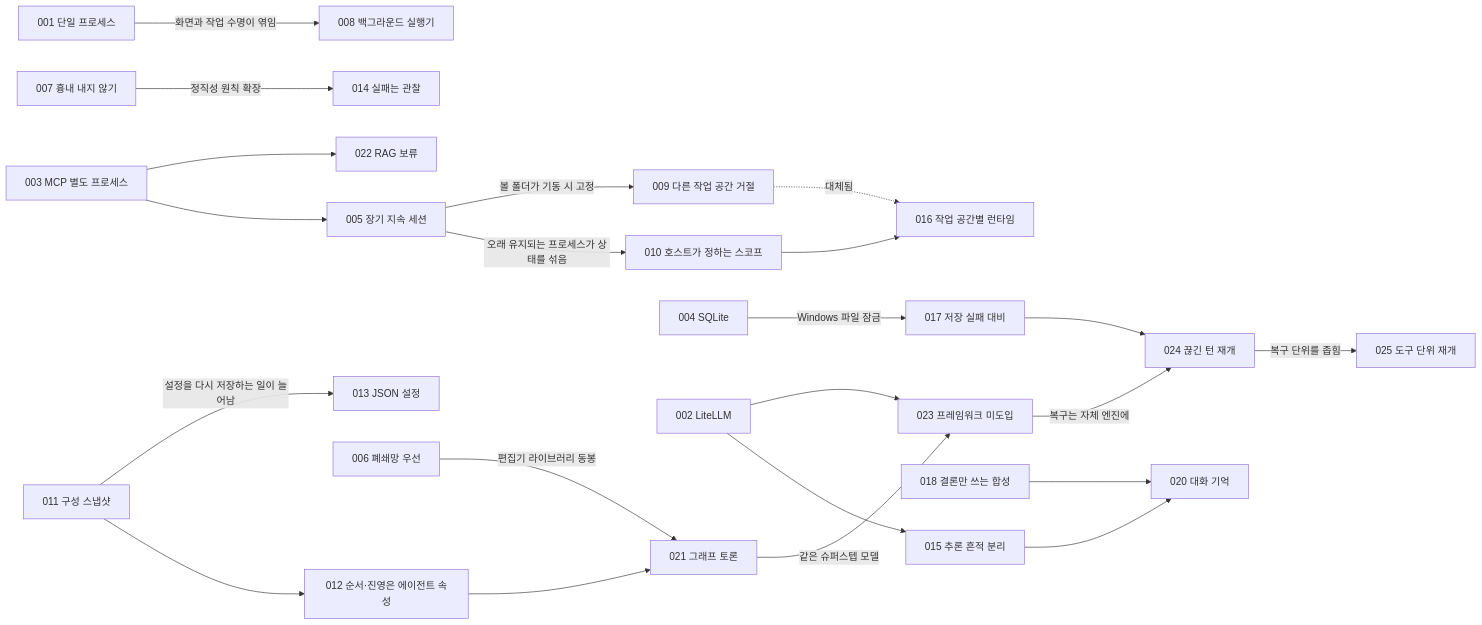
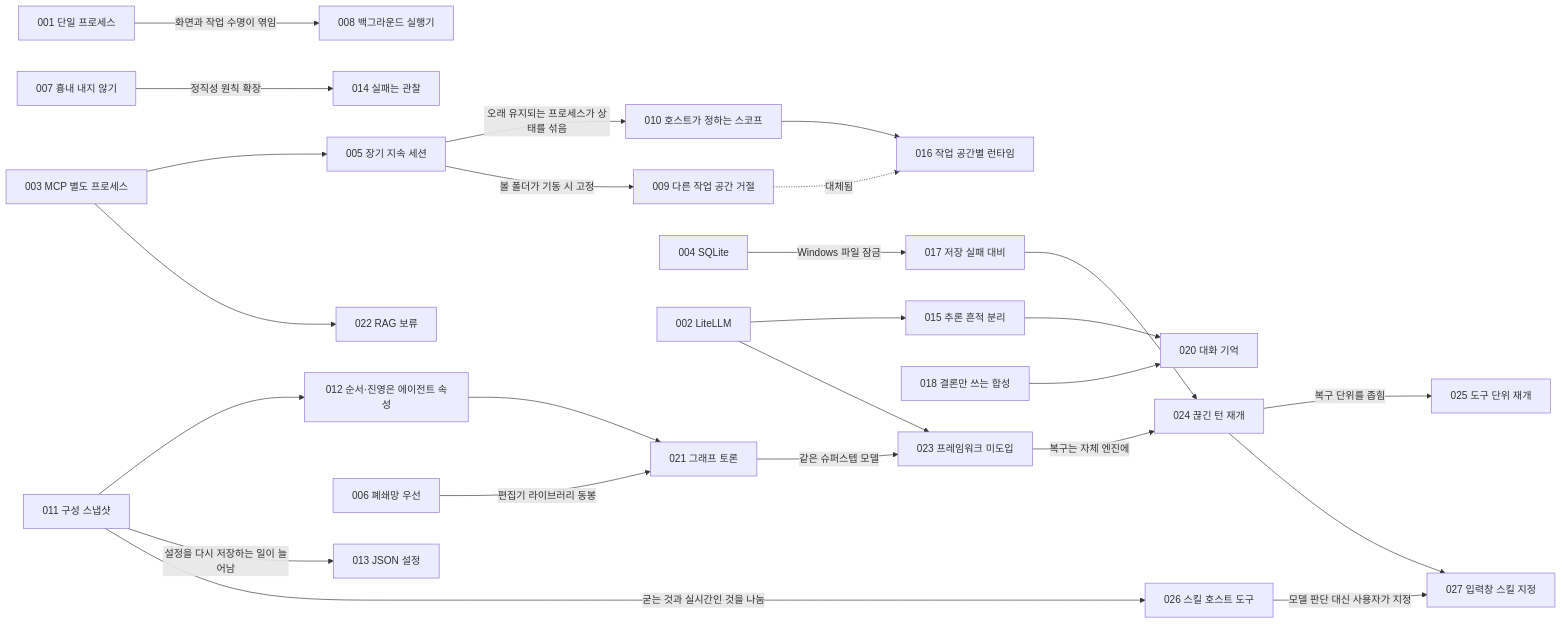
Before and after one commit to HaJaehee/MultiAgentDebateAndOrchestrationPlatform: the diagram in lectures/05-adr/README.md, drawn with Mermaid. The commit also changed other lines of this file and 27 other files, not shown here.

````diff
--- a/lectures/05-adr/README.md
+++ b/lectures/05-adr/README.md
@@ -71,24 +72,27 @@
 ```mermaid
 flowchart LR
     A001["001 단일 프로세스"] -->|"화면과 작업 수명이 엮임"| A008["008 백그라운드 실행기"]
     A003["003 MCP 별도 프로세스"] --> A005["005 장기 지속 세션"]
     A005 -->|"오래 유지되는 프로세스가 상태를 섞음"| A010["010 호스트가 정하는 스코프"]
     A005 -->|"볼 폴더가 기동 시 고정"| A009["009 다른 작업 공간 거절"]
     A009 -.->|"대체됨"| A016["016 작업 공간별 런타임"]
     A010 --> A016
     A007["007 흉내 내지 않기"] -->|"정직성 원칙 확장"| A014["014 실패는 관찰"]
     A004["004 SQLite"] -->|"Windows 파일 잠금"| A017["017 저장 실패 대비"]
     A011["011 구성 스냅샷"] --> A012["012 순서·진영은 에이전트 속성"]
     A011 -->|"설정을 다시 저장하는 일이 늘어남"| A013["013 JSON 설정"]
     A002["002 LiteLLM"] --> A015["015 추론 흔적 분리"]
     A015 --> A020["020 대화 기억"]
     A018["018 결론만 쓰는 합성"] --> A020
     A012 --> A021["021 그래프 토론"]
     A006["006 폐쇄망 우선"] -->|"편집기 라이브러리 동봉"| A021
     A003 --> A022["022 RAG 보류"]
     A002 --> A023["023 프레임워크 미도입"]
     A021 -->|"같은 슈퍼스텝 모델"| A023
     A023 -->|"복구는 자체 엔진에"| A024["024 끊긴 턴 재개"]
     A017 --> A024
     A024 -->|"복구 단위를 좁힘"| A025["025 도구 단위 재개"]
+    A011 -->|"굳는 것과 실시간인 것을 나눔"| A026["026 스킬 호스트 도구"]
+    A026 -->|"모델 판단 대신 사용자가 지정"| A027["027 입력창 스킬 지정"]
+    A024 --> A027
 ```
````
